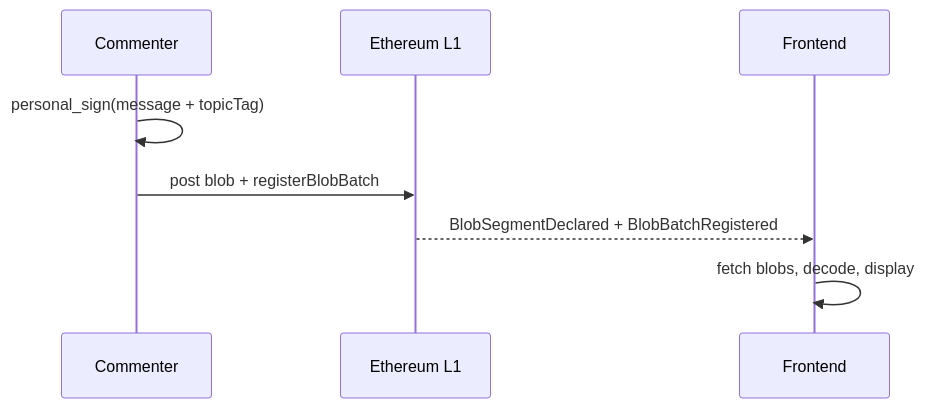
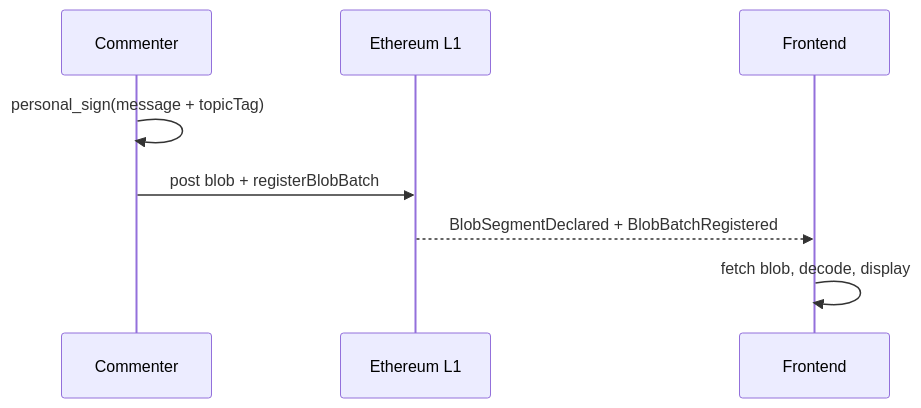
The third of 3 diagrams in docs/design/comment-section.md (defi-wonderland/bam), drawn with Mermaid before and after one commit. The commit also changed other lines of this file, not shown here.

````diff
--- a/docs/design/comment-section.md
+++ b/docs/design/comment-section.md
@@ -45,11 +47,11 @@
 ```mermaid
 sequenceDiagram
     participant C as Commenter
     participant L1 as Ethereum L1
     participant F as Frontend
 
     C->>C: personal_sign(message + topicTag)
     C->>L1: post blob + registerBlobBatch
     L1-->>F: BlobSegmentDeclared + BlobBatchRegistered
-    F->>F: fetch blobs, decode, display
+    F->>F: fetch blob, decode, display
 ```
````
